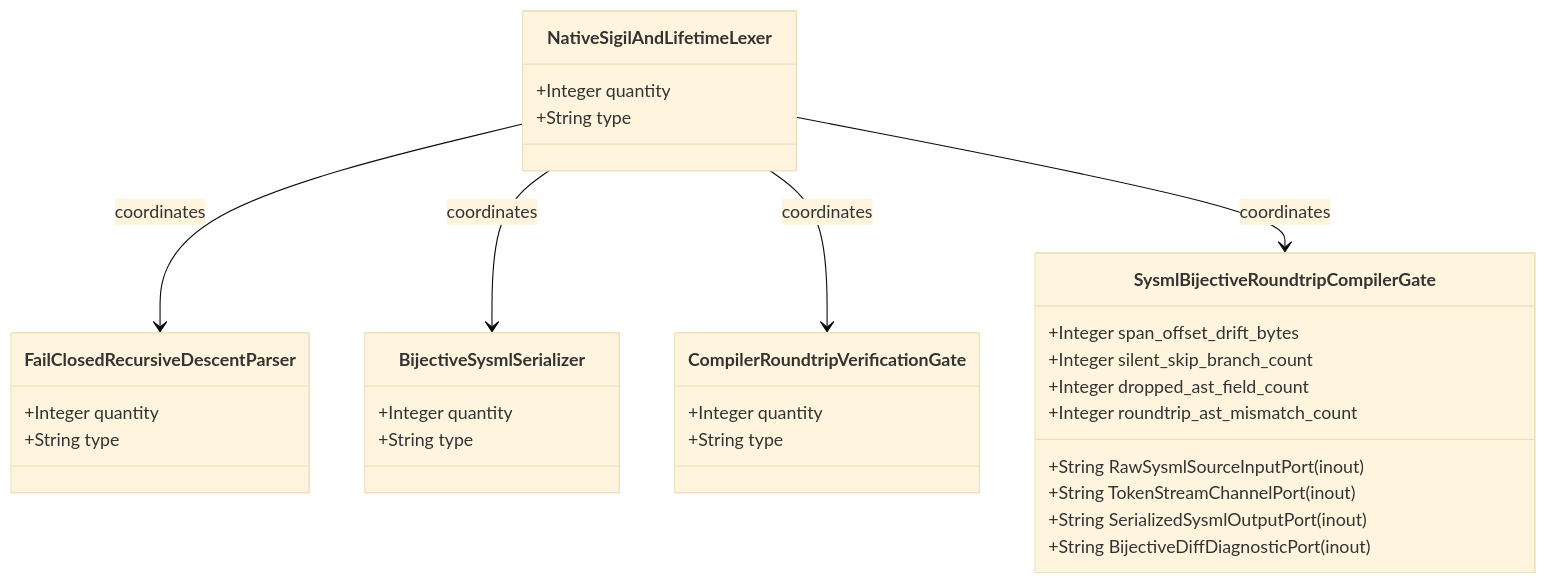
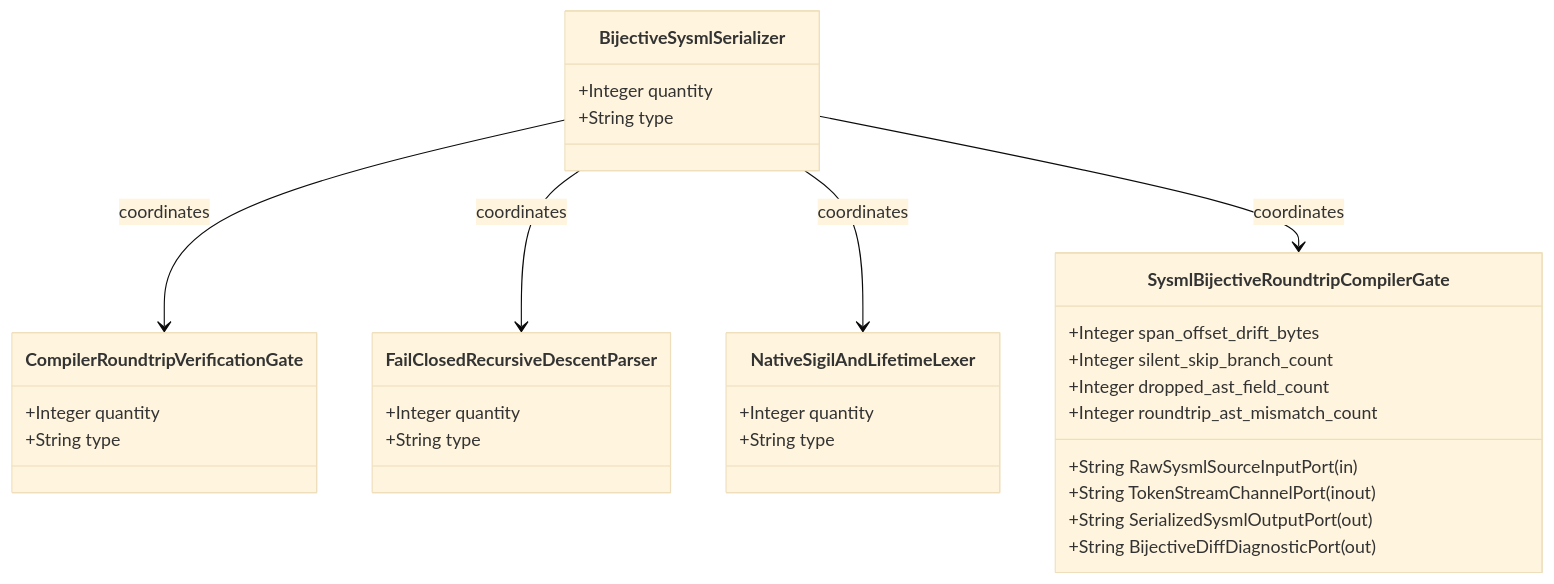
One commit to gintatkinson/DEAP01-spec-core changed the first of 2 diagrams in .pipeline/upstream/docs/epics/EPIC-03-BP_03_SysML_v2_AST_Bijective_Roundtrip_and_Token_Stream_Parser_Gate_Blueprint.md. Above: the diagram before and after it, drawn with Mermaid (base theme). The commit also changed other lines of this file and 213 other files, not shown here.

````diff
--- a/.pipeline/upstream/docs/epics/EPIC-03-BP_03_SysML_v2_AST_Bijective_Roundtrip_and_Token_Stream_Parser_Gate_Blueprint.md
+++ b/.pipeline/upstream/docs/epics/EPIC-03-BP_03_SysML_v2_AST_Bijective_Roundtrip_and_Token_Stream_Parser_Gate_Blueprint.md
@@ -61,33 +57,33 @@
 ```mermaid
 classDiagram
-    class NativeSigilAndLifetimeLexer {
-        +Integer quantity
-        +String type
-    }
-    class FailClosedRecursiveDescentParser {
-        +Integer quantity
-        +String type
-    }
     class BijectiveSysmlSerializer {
         +Integer quantity
         +String type
     }
     class CompilerRoundtripVerificationGate {
         +Integer quantity
         +String type
     }
+    class FailClosedRecursiveDescentParser {
+        +Integer quantity
+        +String type
+    }
+    class NativeSigilAndLifetimeLexer {
+        +Integer quantity
+        +String type
+    }
     class SysmlBijectiveRoundtripCompilerGate {
-        +String RawSysmlSourceInputPort (inout)
+        +String RawSysmlSourceInputPort (in)
         +String TokenStreamChannelPort (inout)
-        +String SerializedSysmlOutputPort (inout)
-        +String BijectiveDiffDiagnosticPort (inout)
+        +String SerializedSysmlOutputPort (out)
+        +String BijectiveDiffDiagnosticPort (out)
         +Integer span_offset_drift_bytes
         +Integer silent_skip_branch_count
         +Integer dropped_ast_field_count
         +Integer roundtrip_ast_mismatch_count
     }
-    NativeSigilAndLifetimeLexer --> FailClosedRecursiveDescentParser : coordinates
-    NativeSigilAndLifetimeLexer --> BijectiveSysmlSerializer : coordinates
-    NativeSigilAndLifetimeLexer --> CompilerRoundtripVerificationGate : coordinates
-    NativeSigilAndLifetimeLexer --> SysmlBijectiveRoundtripCompilerGate : coordinates
+    BijectiveSysmlSerializer --> CompilerRoundtripVerificationGate : coordinates
+    BijectiveSysmlSerializer --> FailClosedRecursiveDescentParser : coordinates
+    BijectiveSysmlSerializer --> NativeSigilAndLifetimeLexer : coordinates
+    BijectiveSysmlSerializer --> SysmlBijectiveRoundtripCompilerGate : coordinates
 ```
````
